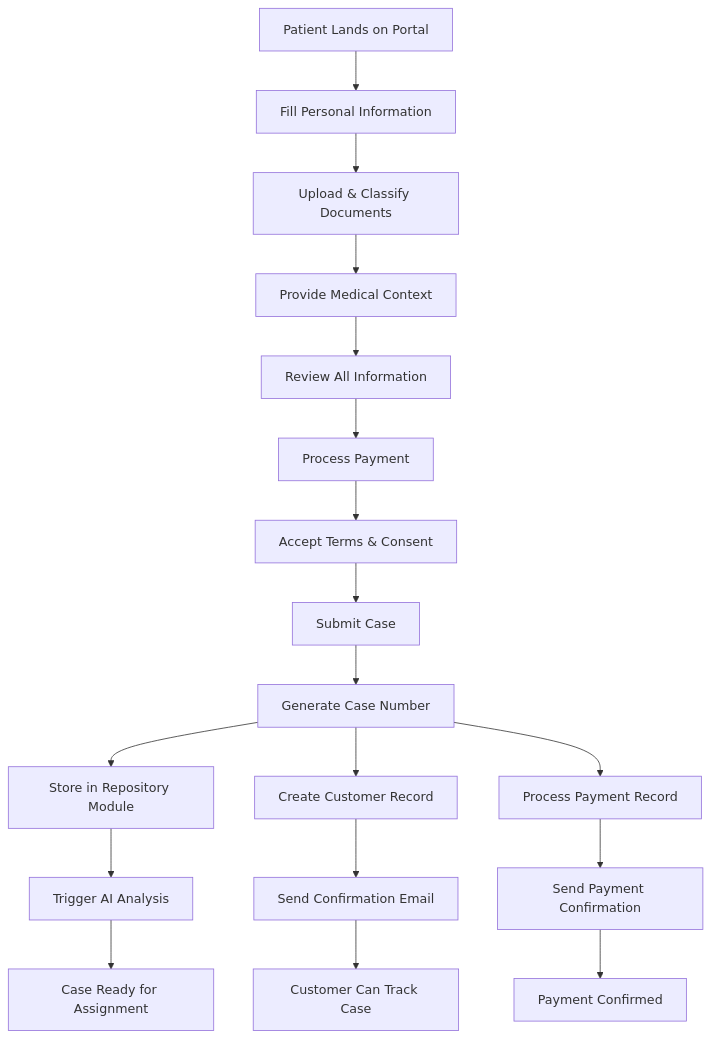
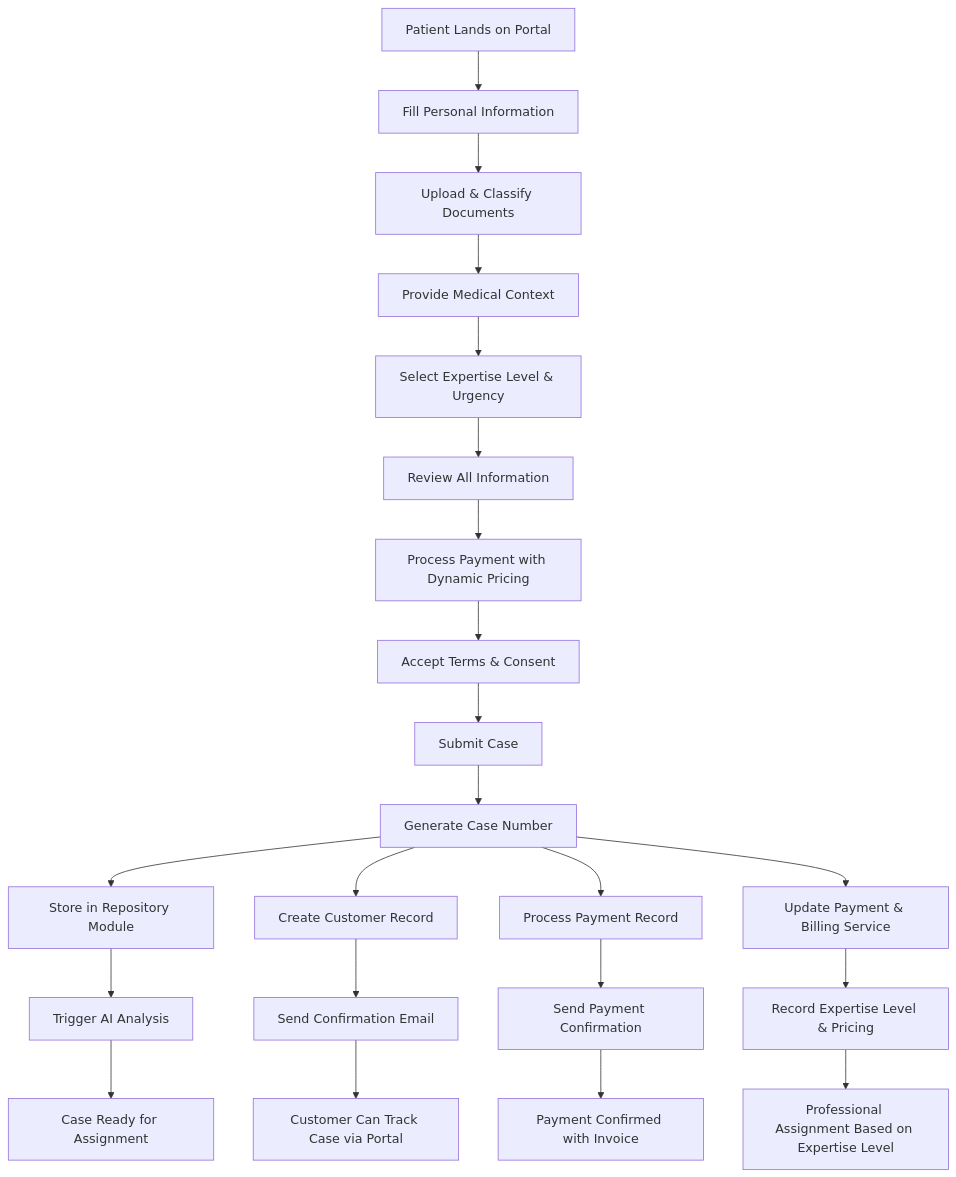
Before and after one commit to madiba63-tech/medical-second-opinion-platform: the second of 14 diagrams in ARCHITECTURE.md, drawn with Mermaid. The commit also changed other lines of this file and 47 other files, not shown here.

````diff
--- a/ARCHITECTURE.md
+++ b/ARCHITECTURE.md
@@ -96,23 +120,27 @@
 ```mermaid
 flowchart TD
     A[Patient Lands on Portal] --> B[Fill Personal Information]
     B --> C[Upload & Classify Documents]
     C --> D[Provide Medical Context]
-    D --> E[Review All Information]
-    E --> F[Process Payment]
-    F --> G[Accept Terms & Consent]
-    G --> H[Submit Case]
+    D --> E[Select Expertise Level & Urgency]
+    E --> F[Review All Information]
+    F --> G[Process Payment with Dynamic Pricing]
+    G --> H[Accept Terms & Consent]
+    H --> I[Submit Case]
     
-    H --> I[Generate Case Number]
-    I --> J[Store in Repository Module]
-    I --> K[Create Customer Record]
-    I --> L[Process Payment Record]
+    I --> J[Generate Case Number]
+    J --> K[Store in Repository Module]
+    J --> L[Create Customer Record]
+    J --> M[Process Payment Record]
+    J --> N[Update Payment & Billing Service]
     
-    J --> M[Trigger AI Analysis]
-    K --> N[Send Confirmation Email]
-    L --> O[Send Payment Confirmation]
+    K --> O[Trigger AI Analysis]
+    L --> P[Send Confirmation Email]
+    M --> Q[Send Payment Confirmation]
+    N --> R[Record Expertise Level & Pricing]
     
-    M --> P[Case Ready for Assignment]
-    N --> Q[Customer Can Track Case]
-    O --> R[Payment Confirmed]
+    O --> S[Case Ready for Assignment]
+    P --> T[Customer Can Track Case via Portal]
+    Q --> U[Payment Confirmed with Invoice]
+    R --> V[Professional Assignment Based on Expertise Level]
 ```
````
